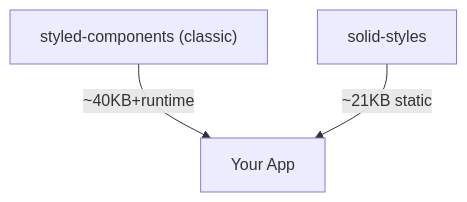
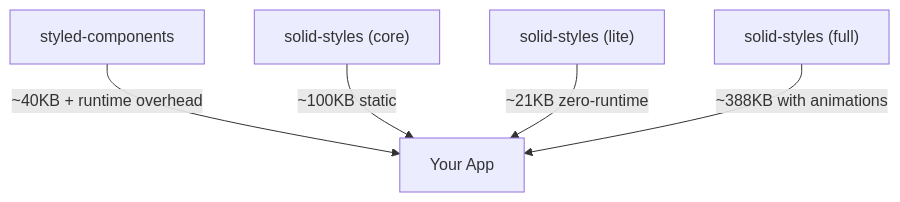
Before and after one commit to kevinseabourne/solid-styles: the first of 2 diagrams in README.md, drawn with Mermaid. The commit also changed other lines of this file and 10 other files, not shown here.

````diff
--- a/README.md
+++ b/README.md
@@ -776,5 +1296,7 @@
 ```mermaid
 graph TD
-  A["styled-components (classic)"] -->|"~40KB+runtime"| B["Your App"]
-  C["solid-styles"] -->|"~21KB static"| B
+  A["styled-components"] -->|"~40KB + runtime overhead"| D["Your App"]
+  B["solid-styles (core)"] -->|"~100KB static"| D
+  C["solid-styles (lite)"] -->|"~21KB zero-runtime"| D
+  E["solid-styles (full)"] -->|"~388KB with animations"| D
 ```
````
